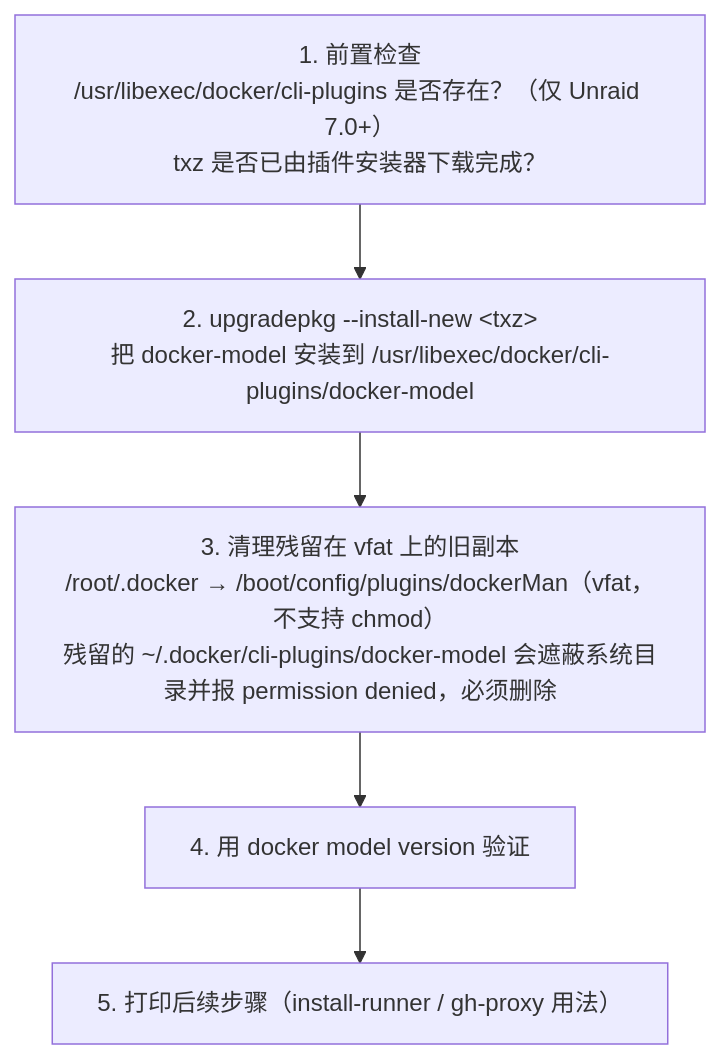
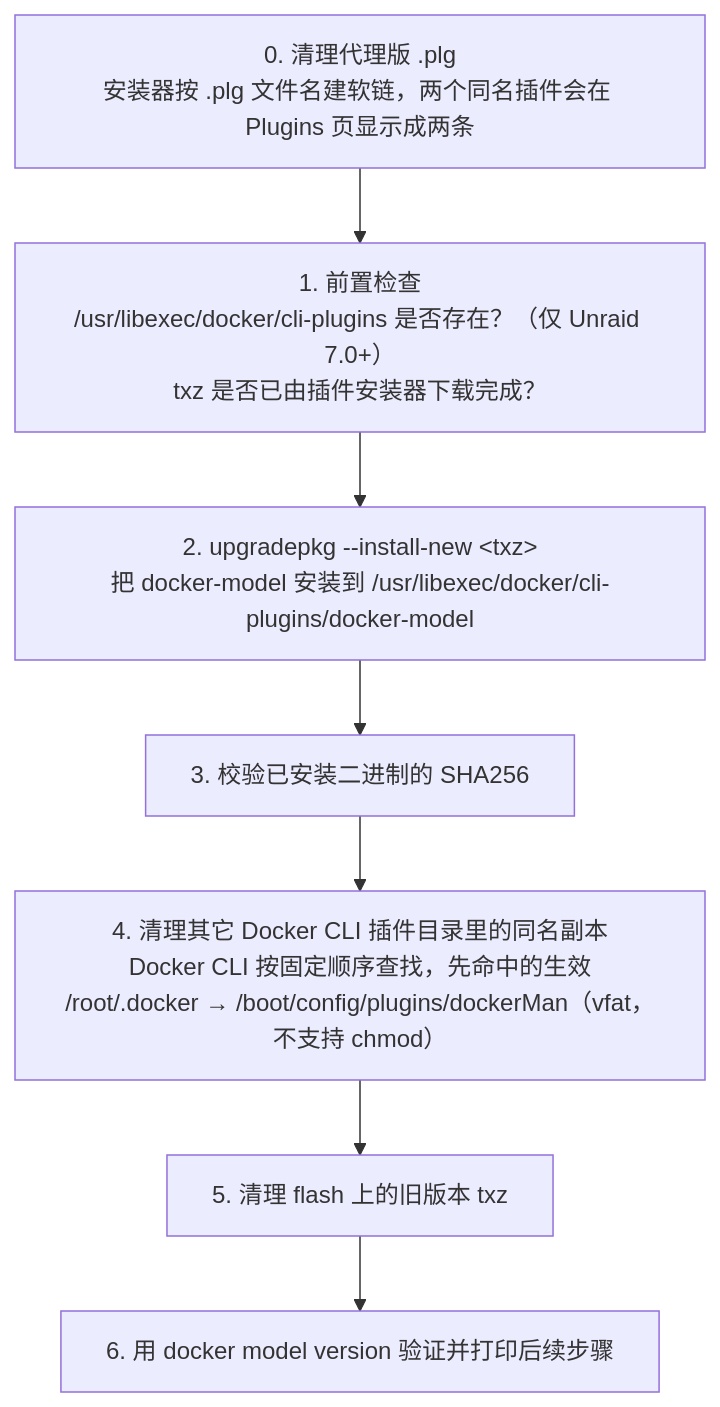
Before and after one commit to zhz8888/unraid-plugin-docker-model: the second of 3 diagrams in docs/02-technical-design.md, drawn with Mermaid. The commit also changed other lines of this file and 7 other files, not shown here.

````diff
--- a/docs/02-technical-design.md
+++ b/docs/02-technical-design.md
@@ -72,14 +79,18 @@
 ```mermaid
 %%{init: {"flowchart": {"wrappingWidth": 400}}}%%
 flowchart TD
+  SIBLING["0. 清理代理版 .plg<br/>安装器按 .plg 文件名建软链，两个同名插件会在 Plugins 页显示成两条"]
   PREFLIGHT["1. 前置检查<br/>/usr/libexec/docker/cli-plugins 是否存在？（仅 Unraid 7.0+）<br/>txz 是否已由插件安装器下载完成？"]
   INSTALL["2. upgradepkg --install-new &lt;txz&gt;<br/>把 docker-model 安装到 /usr/libexec/docker/cli-plugins/docker-model"]
-  CLEAN["3. 清理残留在 vfat 上的旧副本<br/>/root/.docker → /boot/config/plugins/dockerMan（vfat，不支持 chmod）<br/>残留的 ~/.docker/cli-plugins/docker-model 会遮蔽系统目录并报 permission denied，必须删除"]
-  VERIFY["4. 用 docker model version 验证"]
-  NEXT["5. 打印后续步骤（install-runner / gh-proxy 用法）"]
+  VERIFY["3. 校验已安装二进制的 SHA256"]
+  CLEAN["4. 清理其它 Docker CLI 插件目录里的同名副本<br/>Docker CLI 按固定顺序查找，先命中的生效<br/>/root/.docker → /boot/config/plugins/dockerMan（vfat，不支持 chmod）"]
+  PRUNE["5. 清理 flash 上的旧版本 txz"]
+  REPORT["6. 用 docker model version 验证并打印后续步骤"]
 
+  SIBLING --> PREFLIGHT
   PREFLIGHT --> INSTALL
-  INSTALL --> CLEAN
-  CLEAN --> VERIFY
-  VERIFY --> NEXT
+  INSTALL --> VERIFY
+  VERIFY --> CLEAN
+  CLEAN --> PRUNE
+  PRUNE --> REPORT
 ```
````
